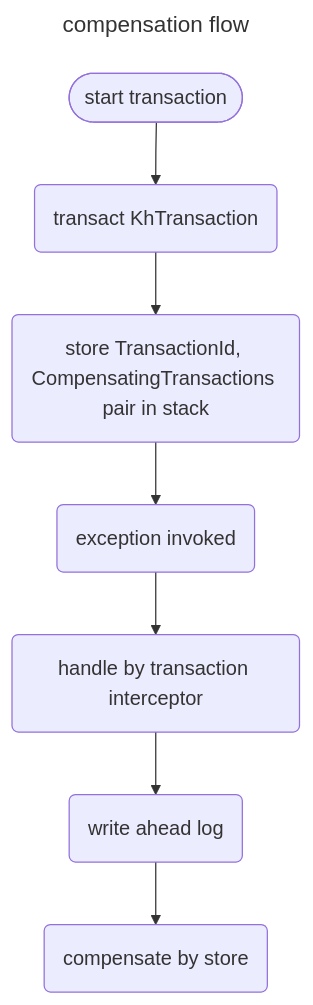
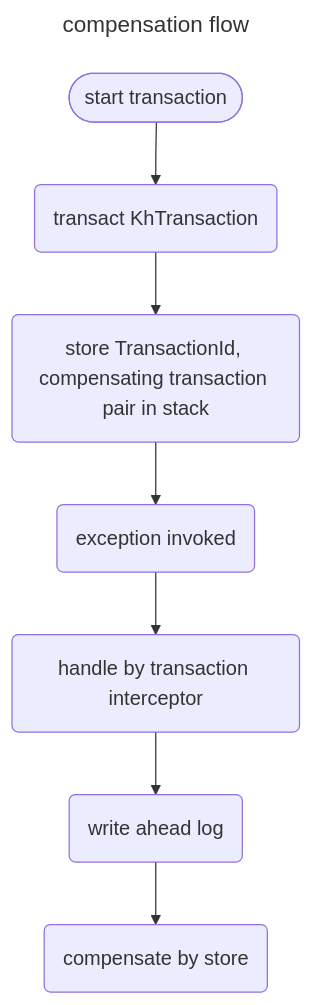
Before and after one commit to keyhub-projects/distributed-transaction-kit: the second of 4 diagrams in README.md, drawn with Mermaid. The commit also changed other lines of this file and 17 other files, not shown here.

````diff
--- a/README.md
+++ b/README.md
@@ -99,14 +98,14 @@
 ```mermaid
 ---
 title: compensation flow
 ---
 flowchart
     start([start transaction])
     transaction(transact KhTransaction)
-    storeTransactionId(store TransactionId, CompensatingTransactions pair in stack)
+    storeTransactionId(store TransactionId, compensating transaction pair in stack)
     exception(exception invoked)
     handleByInterceptor(handle by transaction interceptor)
     wal(write ahead log)
     compensateByStore(compensate by store)
     start --> transaction --> storeTransactionId --> exception --> handleByInterceptor --> wal --> compensateByStore
 ```
````
